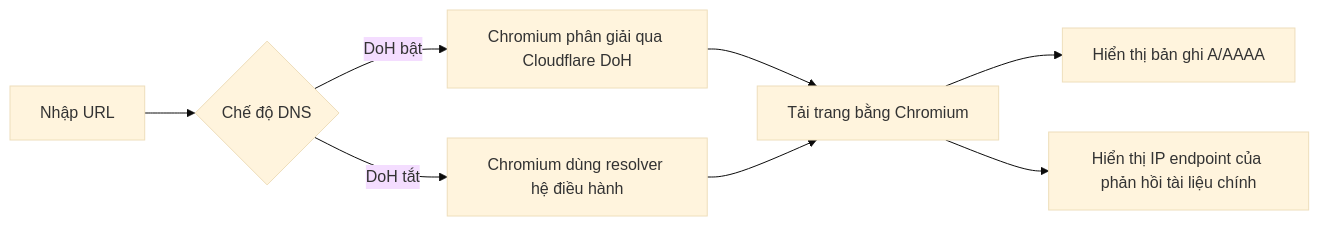
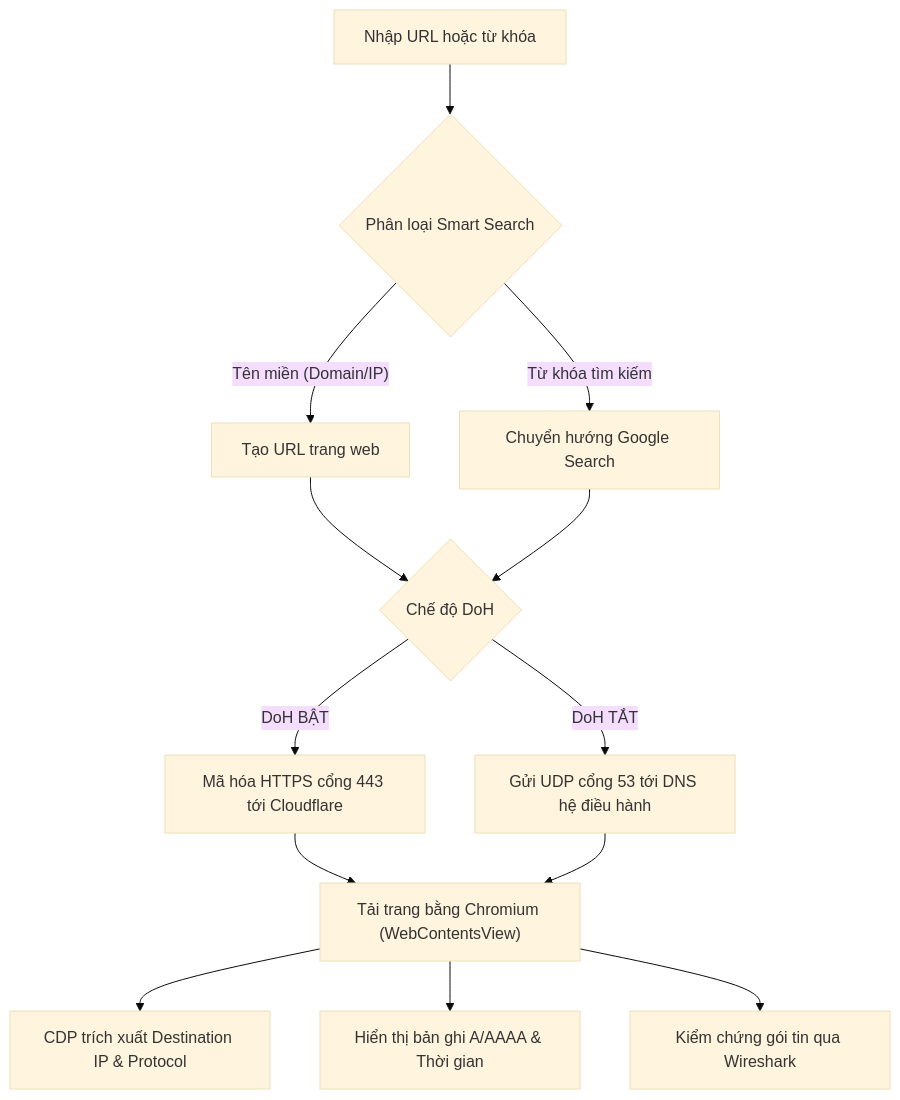
One commit to Krist-OVSL/LTM-N3 changed the diagram in README.md. Above: the diagram before and after it, drawn with Mermaid (base theme). The commit also changed other lines of this file and 3 other files, not shown here.

````diff
--- a/README.md
+++ b/README.md
@@ -51,10 +61,15 @@
 ```mermaid
-flowchart LR
-    A[Nhập URL] --> B{Chế độ DNS}
-    B -->|DoH bật| C[Chromium phân giải qua Cloudflare DoH]
-    B -->|DoH tắt| D[Chromium dùng resolver hệ điều hành]
-    C --> E[Tải trang bằng Chromium]
+flowchart TD
+    A["Nhập URL hoặc từ khóa"] --> B{"Phân loại Smart Search"}
+    B -->|"Tên miền (Domain/IP)"| C["Tạo URL trang web"]
+    B -->|"Từ khóa tìm kiếm"| D["Chuyển hướng Google Search"]
+    C --> E{"Chế độ DoH"}
     D --> E
-    E --> F[Hiển thị bản ghi A/AAAA]
-    E --> G[Hiển thị IP endpoint của phản hồi tài liệu chính]
+    E -->|"DoH BẬT"| F["Mã hóa HTTPS cổng 443 tới Cloudflare"]
+    E -->|"DoH TẮT"| G["Gửi UDP cổng 53 tới DNS hệ điều hành"]
+    F --> H["Tải trang bằng Chromium (WebContentsView)"]
+    G --> H
+    H --> I["CDP trích xuất Destination IP & Protocol"]
+    H --> J["Hiển thị bản ghi A/AAAA & Thời gian"]
+    H --> K["Kiểm chứng gói tin qua Wireshark"]
 ```
````
